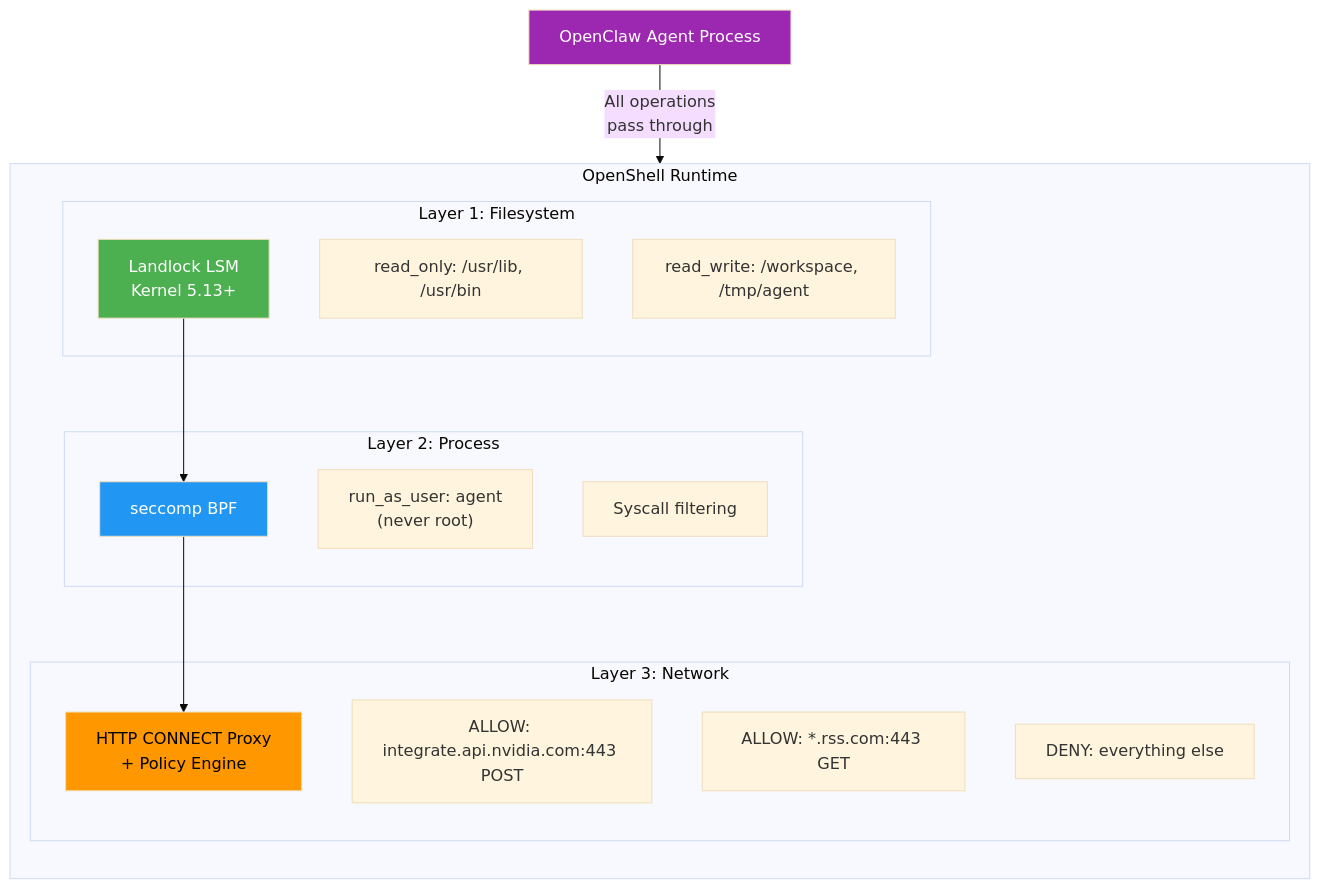
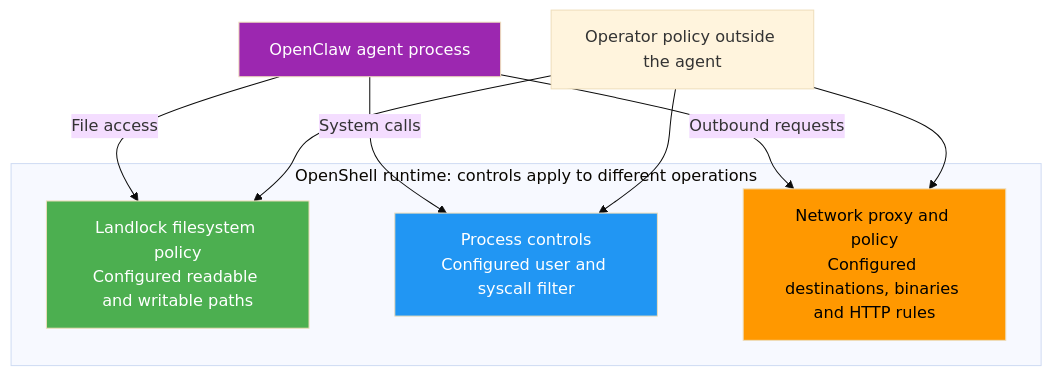
Before and after one commit to brevdev/workshop-build-an-agent: the diagram in .devx/6-agent-safety/img/openshell_architecture.mmd, drawn with Mermaid (base theme). The commit also changed 327 other files, not shown here.

```diff
--- a/.devx/6-agent-safety/img/openshell_architecture.mmd
+++ b/.devx/6-agent-safety/img/openshell_architecture.mmd
@@ -1,33 +1,17 @@
-graph TB
-    Agent["OpenClaw Agent Process"]
-
-    subgraph "OpenShell Runtime"
-        direction TB
-        subgraph "Layer 1: Filesystem"
-            LL["Landlock LSM<br/>Kernel 5.13+"]
-            LL_R["read_only: /usr/lib, /usr/bin"]
-            LL_W["read_write: /workspace, /tmp/agent"]
-        end
-
-        subgraph "Layer 2: Process"
-            SC["seccomp BPF"]
-            SC_U["run_as_user: agent<br/>(never root)"]
-            SC_S["Syscall filtering"]
-        end
-
-        subgraph "Layer 3: Network"
-            OP["HTTP CONNECT Proxy<br/>+ Policy Engine"]
-            OP_A["ALLOW: integrate.api.nvidia.com:443 POST"]
-            OP_B["ALLOW: *.rss.com:443 GET"]
-            OP_D["DENY: everything else"]
-        end
+flowchart TB
+    Agent["OpenClaw agent process"]
+    subgraph Runtime["OpenShell runtime: controls apply to different operations"]
+        LL["Landlock filesystem policy<br/>Configured readable and writable paths"]
+        SC["Process controls<br/>Configured user and syscall filter"]
+        OP["Network proxy and policy<br/>Configured destinations, binaries and HTTP rules"]
     end
-
-    Agent -->|"All operations<br/>pass through"| LL
-    LL --> SC
-    SC --> OP
-
+    Agent -->|"File access"| LL
+    Agent -->|"System calls"| SC
+    Agent -->|"Outbound requests"| OP
+    Policy["Operator policy outside the agent"] --> LL
+    Policy --> SC
+    Policy --> OP
     style Agent fill:#9c27b0,color:#fff
     style LL fill:#4caf50,color:#fff
     style SC fill:#2196f3,color:#fff
     style OP fill:#ff9800,color:#000
```
